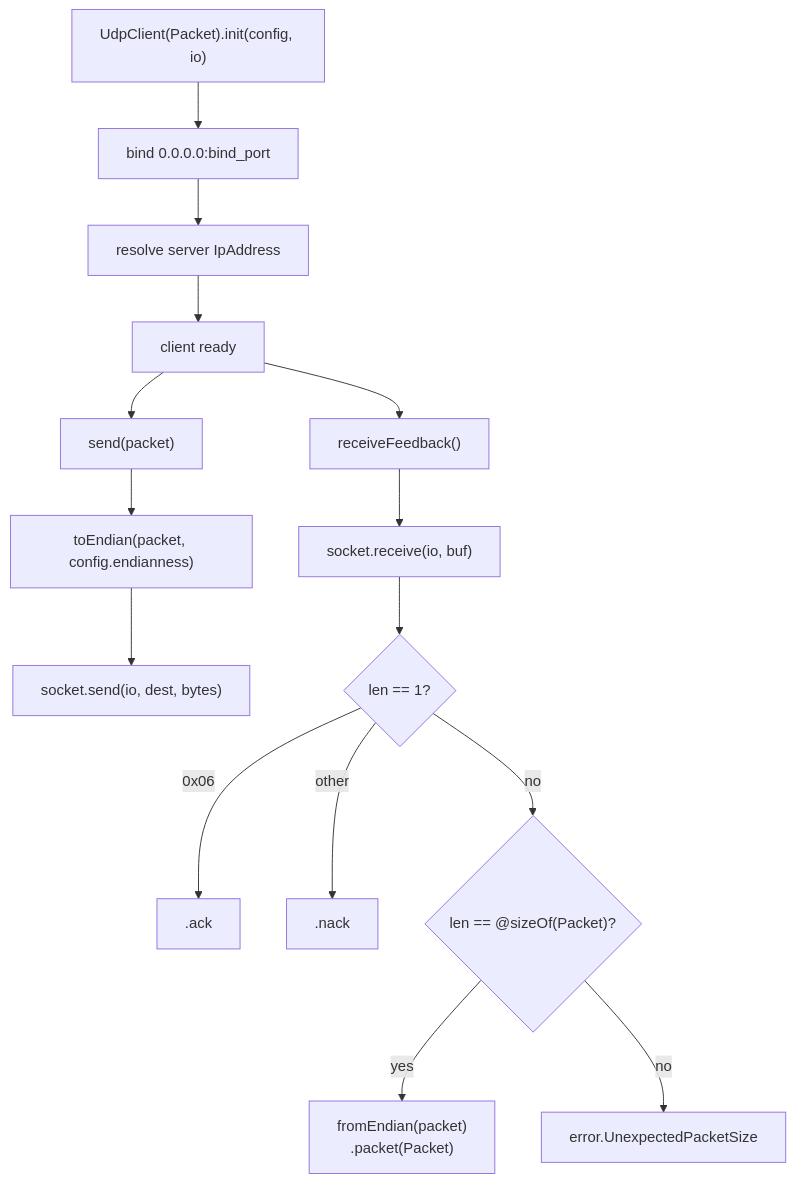
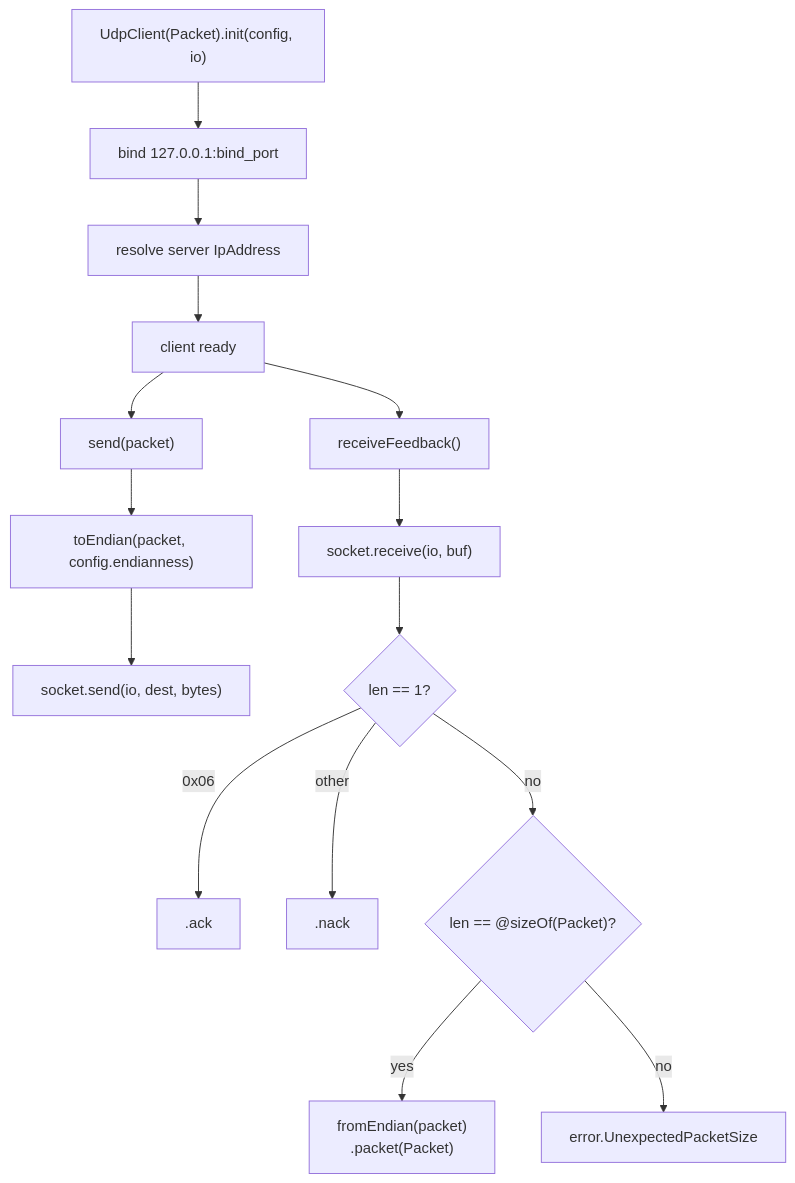
The second of 5 diagrams in docs/hld-udp.md (prothegee/zix), drawn with Mermaid before and after one commit.

Commit message:
bind to `127.0.0.1`

````diff
--- a/docs/hld-udp.md
+++ b/docs/hld-udp.md
@@ -54,17 +54,17 @@
 ```mermaid
 flowchart TD
-    A["UdpClient(Packet).init(config, io)"] --> B["bind 0.0.0.0:bind_port"]
+    A["UdpClient(Packet).init(config, io)"] --> B["bind 127.0.0.1:bind_port"]
     B --> C["resolve server IpAddress"]
     C --> D["client ready"]
     D --> E["send(packet)"]
     E --> F["toEndian(packet, config.endianness)"]
     F --> G["socket.send(io, dest, bytes)"]
     D --> H["receiveFeedback()"]
     H --> I["socket.receive(io, buf)"]
     I --> J{"len == 1?"}
     J -->|0x06| K[".ack"]
     J -->|other| L[".nack"]
     J -->|no| M{"len == @sizeOf(Packet)?"}
     M -->|yes| N["fromEndian(packet)\n.packet(Packet)"]
     M -->|no| O["error.UnexpectedPacketSize"]
 ```
````
